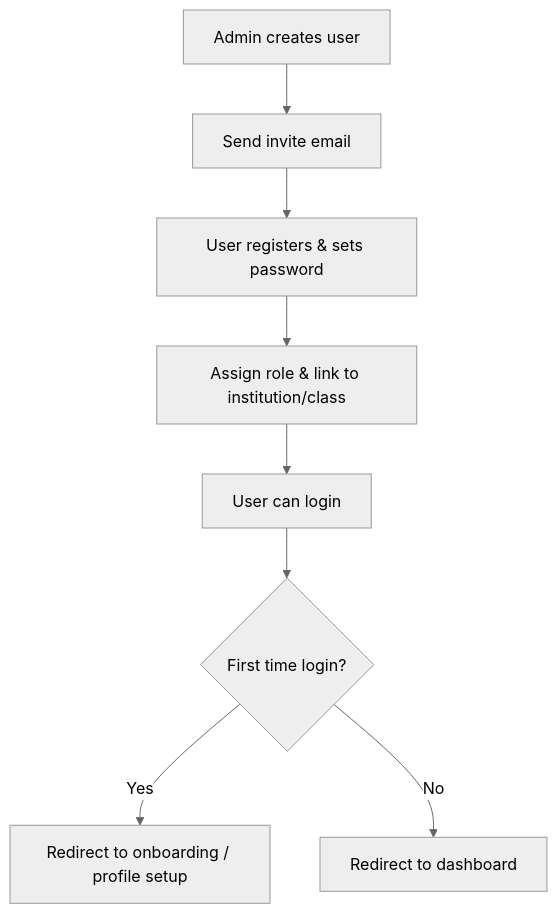
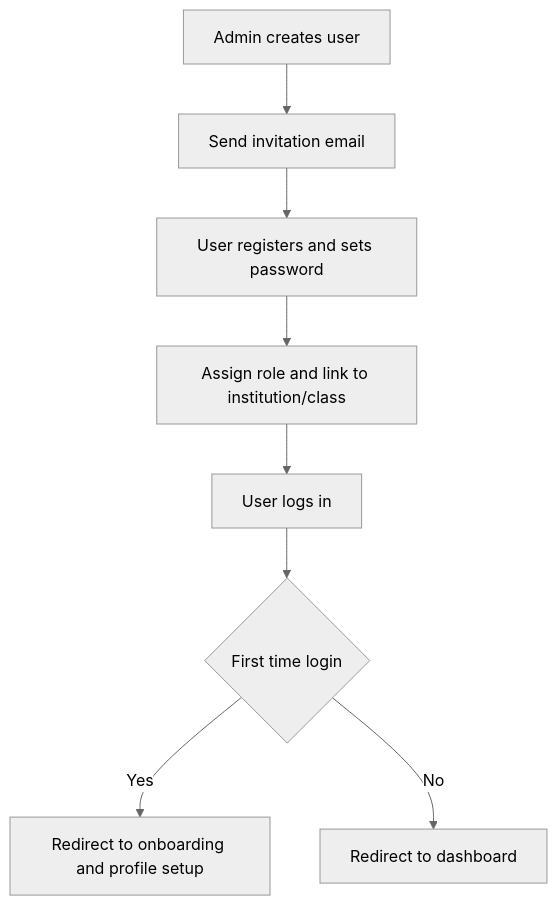
Before and after one commit to medhxnsh/Smart_Curriculum_Activity_And_Attendance: the fourth of 4 diagrams in Readme.md, drawn with Mermaid (neutral theme). The commit also changed other lines of this file, not shown here.

````diff
--- a/Readme.md
+++ b/Readme.md
@@ -287,10 +264,10 @@
 ```mermaid
 flowchart TD
-  U[Admin creates user] --> E1[Send invite email]
-  E1 --> E2[User registers & sets password]
-  E2 --> E3[Assign role & link to institution/class]
-  E3 --> E4[User can login]
-  E4 --> E5{First time login?}
-  E5 -->|Yes| E6[Redirect to onboarding / profile setup]
-  E5 -->|No| E7[Redirect to dashboard]
+  Admin[Admin creates user] --> Invite[Send invitation email]
+  Invite --> Register[User registers and sets password]
+  Register --> Link[Assign role and link to institution/class]
+  Link --> Login[User logs in]
+  Login --> FirstTime{First time login}
+  FirstTime -->|Yes| Onboard[Redirect to onboarding and profile setup]
+  FirstTime -->|No| Dashboard[Redirect to dashboard]
 ```
````
